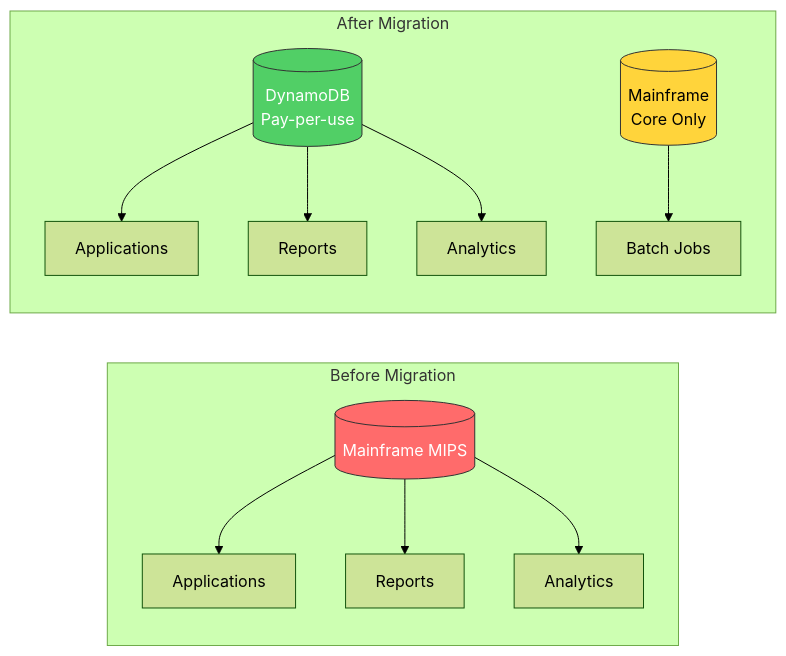
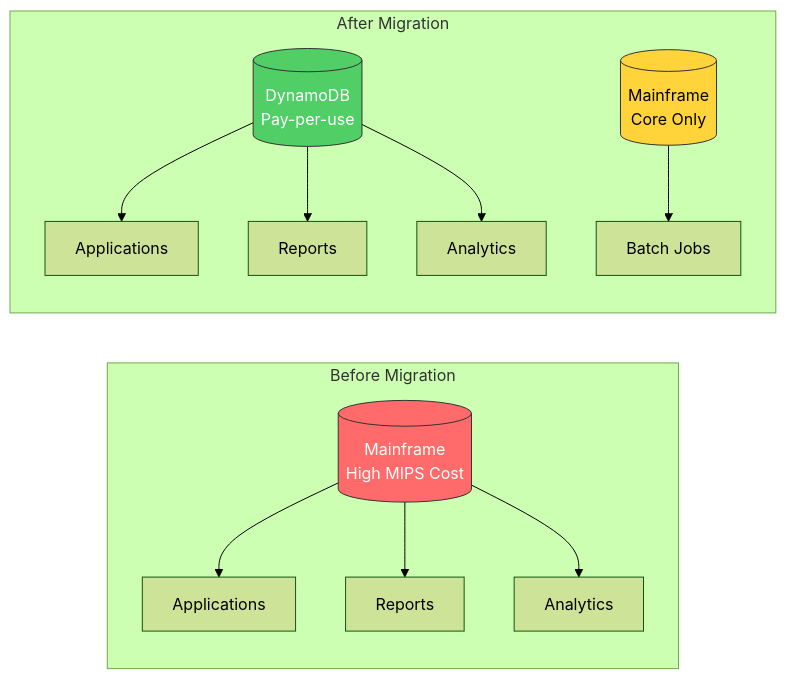
Before and after one commit to maddinenisri/mainframe-data-migration: the first of 12 diagrams in docs/executive-presentation.md, drawn with Mermaid (forest theme). The commit also changed other lines of this file and 1 other file, not shown here.

````diff
--- a/docs/executive-presentation.md
+++ b/docs/executive-presentation.md
@@ -50,19 +50,19 @@
 ```mermaid
 graph LR
     subgraph Before["Before Migration"]
-        A[("Mainframe<br/>MIPS $$$$")] --> B["Applications"]
+        A[("Mainframe<br/>High MIPS Cost")] --> B["Applications"]
         A --> C["Reports"]
         A --> D["Analytics"]
     end
 
     subgraph After["After Migration"]
         E[("DynamoDB<br/>Pay-per-use")] --> F["Applications"]
         E --> G["Reports"]
         E --> H["Analytics"]
         I[("Mainframe<br/>Core Only")] --> J["Batch Jobs"]
     end
 
     style A fill:#ff6b6b,stroke:#333,color:#fff
     style E fill:#51cf66,stroke:#333,color:#fff
     style I fill:#ffd43b,stroke:#333,color:#000
 ```
````
